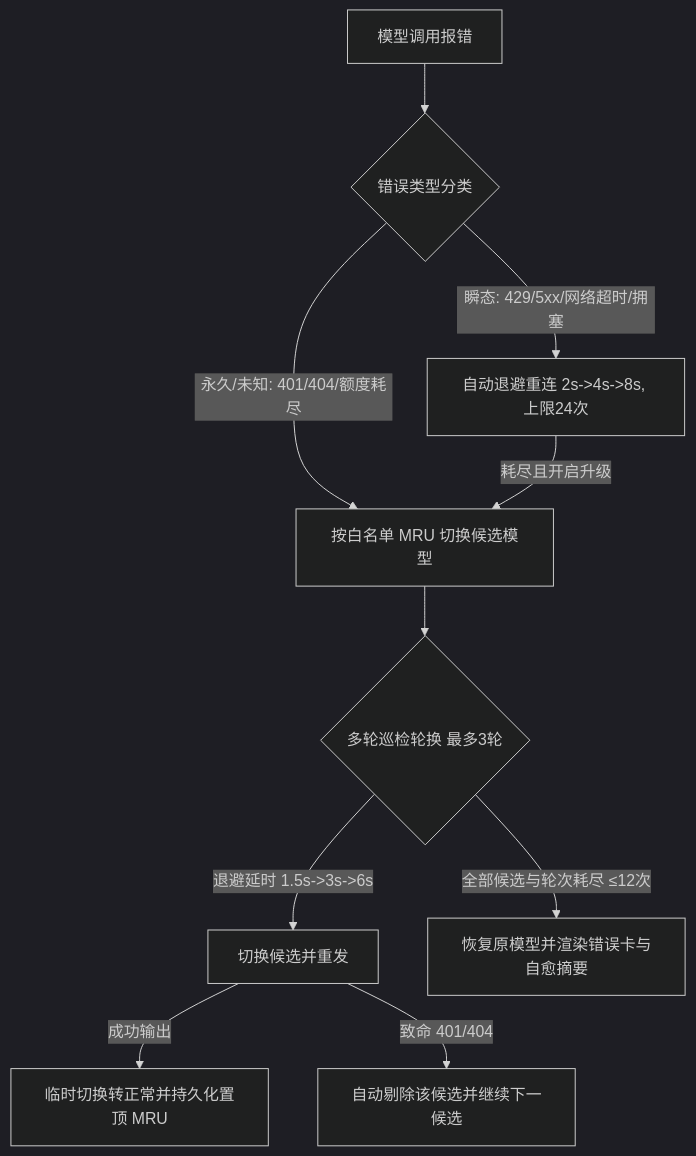
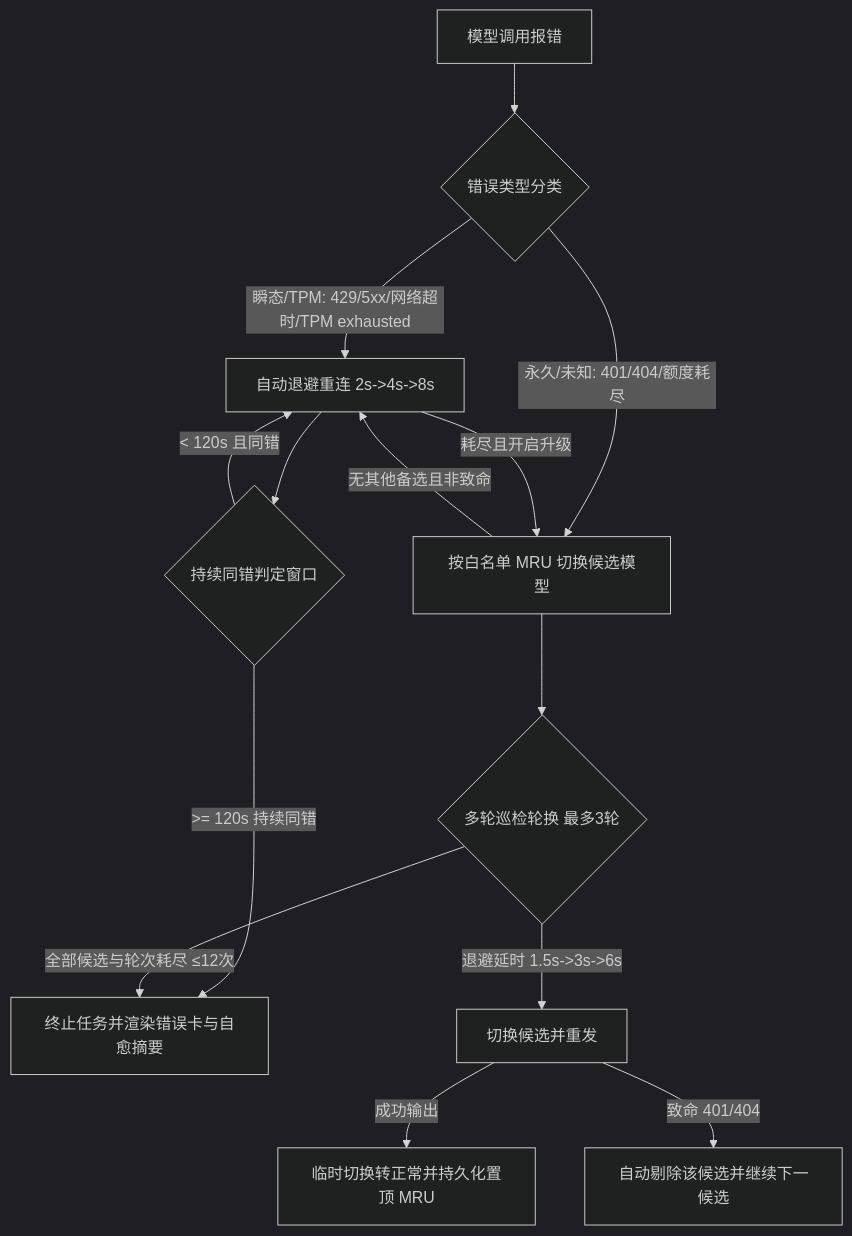
One commit to jiangyinluwei/pi-desktop-lite changed the diagram in .agents/skills/flow-interaction-pattern/SKILL.md. Above: the diagram before and after it, drawn with Mermaid (dark theme). The commit also changed other lines of this file and 12 other files, not shown here.

````diff
--- a/.agents/skills/flow-interaction-pattern/SKILL.md
+++ b/.agents/skills/flow-interaction-pattern/SKILL.md
@@ -150,12 +150,16 @@
 ```mermaid
 flowchart TD
     Err[模型调用报错] --> Classify{错误类型分类}
-    Classify -->|瞬态: 429/5xx/网络超时/拥塞| Reconnect[自动退避重连 2s->4s->8s, 上限24次]
+    Classify -->|瞬态/TPM: 429/5xx/网络超时/TPM exhausted| Reconnect[自动退避重连 2s->4s->8s]
+    Reconnect --> SameCheck{持续同错判定窗口}
+    SameCheck -->|< 120s 且同错| Reconnect
+    SameCheck -->|>= 120s 持续同错| Fallback[终止任务并渲染错误卡与自愈摘要]
     Classify -->|永久/未知: 401/404/额度耗尽| Switch[按白名单 MRU 切换候选模型]
+    Switch -->|无其他备选且非致命| Reconnect
     Reconnect -- 耗尽且开启升级 --> Switch
     Switch --> MultiCycle{多轮巡检轮换 最多3轮}
     MultiCycle -->|退避延时 1.5s->3s->6s| TryCandidate[切换候选并重发]
     TryCandidate -->|成功输出| Succeed[临时切换转正常并持久化置顶 MRU]
     TryCandidate -->|致命 401/404| Prune[自动剔除该候选并继续下一候选]
-    MultiCycle -- 全部候选与轮次耗尽 ≤12次 --> Fallback[恢复原模型并渲染错误卡与自愈摘要]
+    MultiCycle -- 全部候选与轮次耗尽 ≤12次 --> Fallback
 ```
````
